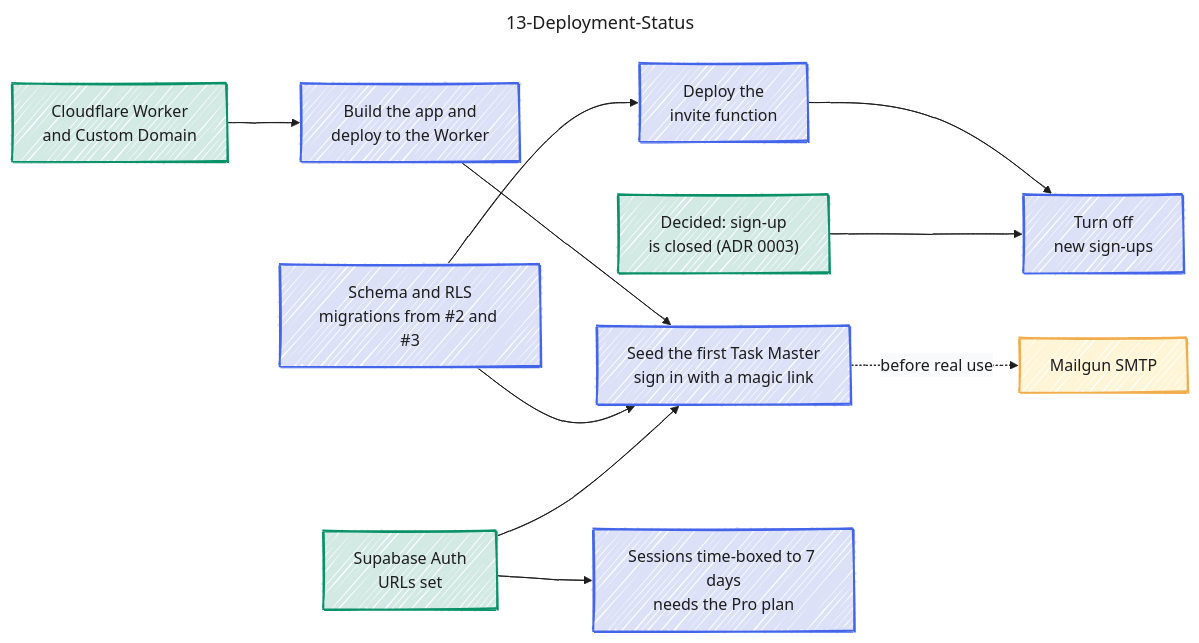
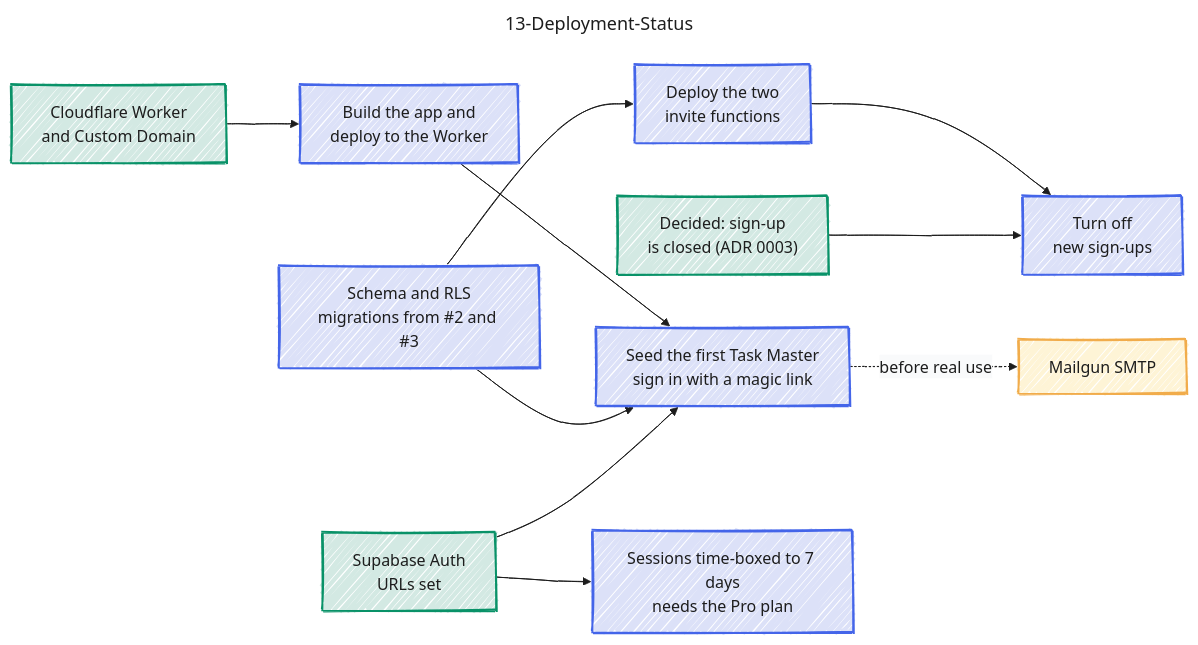
One commit to jedt3d/tasuku changed the diagram in docs/diagram/13-Deployment-Status.md. Above: the diagram before and after it, drawn with Mermaid. The commit also changed other lines of this file and 8 other files, not shown here.

Commit message:
docs: sync the diagrams with Customers and Organizations (#7)

```diff
--- a/docs/diagram/13-Deployment-Status.md
+++ b/docs/diagram/13-Deployment-Status.md
@@ -85,7 +85,7 @@
   schema["Schema and RLS<br/>migrations from #2 and #3"]:::blue
   app["Build the app and<br/>deploy to the Worker"]:::blue
   seed["Seed the first Task Master<br/>sign in with a magic link"]:::blue
-  invite["Deploy the<br/>invite function"]:::blue
+  invite["Deploy the two<br/>invite functions"]:::blue
   signup["Turn off<br/>new sign-ups"]:::blue
   session["Sessions time-boxed to 7 days<br/>needs the Pro plan"]:::blue
   mailgun["Mailgun SMTP"]:::yellow
```
